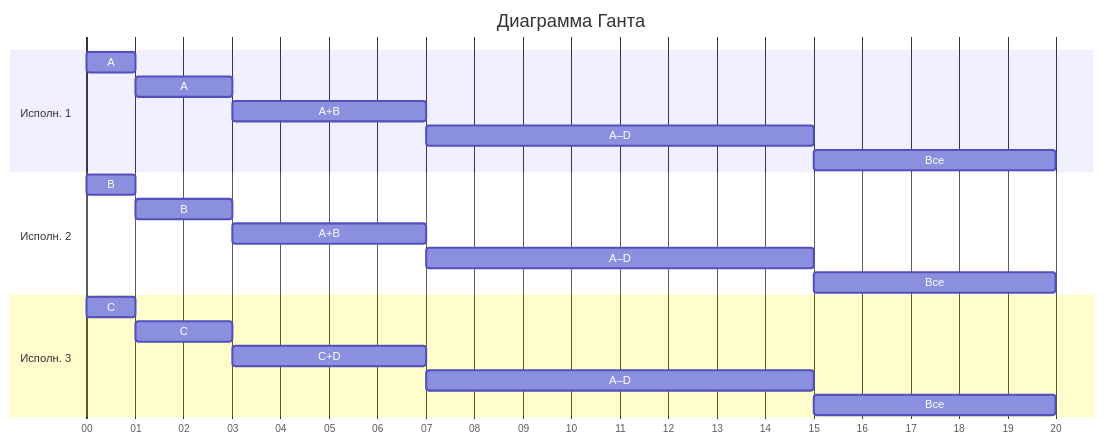
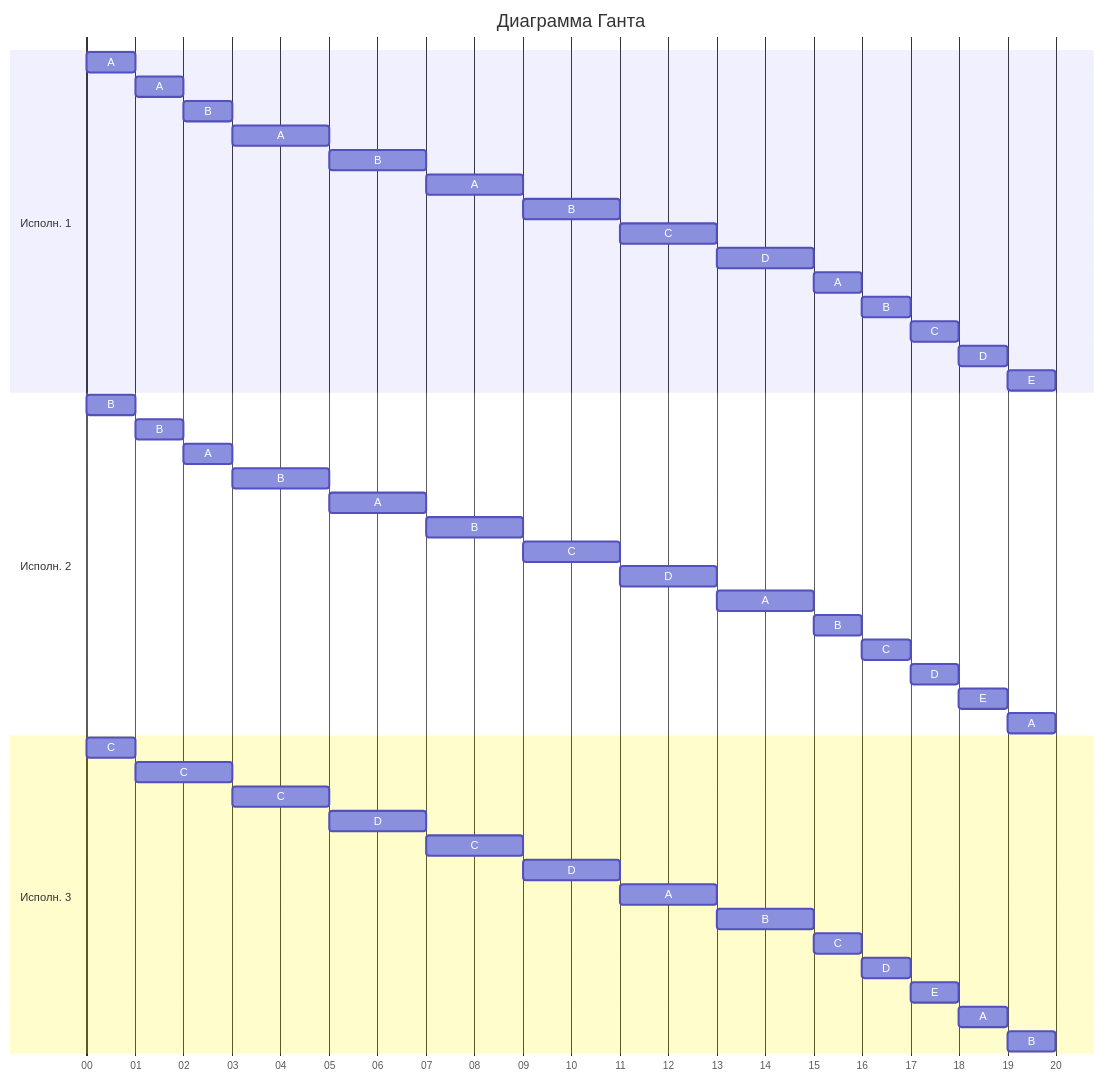
One commit to algos-ris-24-4/manual-tasks changed the diagram in Задание 5/algosiki.md. Above: the diagram before and after it, drawn with Mermaid.

Commit message:
Доработанное решение 2

````diff
--- a/Задание 5/algosiki.md
+++ b/Задание 5/algosiki.md
@@ -153,28 +153,58 @@
 ```mermaid
 gantt
     title Диаграмма Ганта
     dateFormat mm
     axisFormat %M
     tickInterval 1minute
 
     section Исполн. 1
     A : a11, 0, 1m
-    A : a12, after a11, 2m
-    A+B : a13, after a12, 4m
-    A–D : a14, after a13, 8m
-    Все : a15, after a14, 5m
+    A : a12, after a11, 1m
+    B : a13, after a12, 1m
+    A : a14, after a13, 2m
+    B : a15, after a14, 2m
+    A: a16, after a15, 2m
+    B: a17, after a16, 2m
+    C: a18, after a17, 2m
+    D: a19, after a18, 2m
+    A : a20, after a19, 1m
+    B : a21, after a20, 1m
+    C : a22, after a21, 1m
+    D : a23, after a22, 1m
+    E : a24, after a23, 1m
+
+
 
     section Исполн. 2
     B : b21, 0, 1m
-    B : b22, after b21, 2m
-    A+B : b23, after b22, 4m
-    A–D : b24, after b23, 8m
-    Все : b25, after b24, 5m
+    B : b22, after b21, 1m
+    A : b23, after b22, 1m
+    B : b24, after b23, 2m
+    A : b25, after b24, 2m
+    B : b26, after b25, 2m
+    C : b27, after b26, 2m
+    D : b28, after b27, 2m
+    A : b29, after b28, 2m
+    B : b30, after b29, 1m
+    C : b31, after b30, 1m
+    D : b32, after b31, 1m
+    E : b33, after b32, 1m
+    A : b34, after b33, 1m
+
 
     section Исполн. 3
     C : c31, 0, 1m
     C : c32, after c31, 2m
-    C+D : c33, after c32, 4m
-    A–D : c34, after c33, 8m
-    Все : c35, after c34, 5m
+    C : c33, after c32, 2m
+    D : c34, after c33, 2m
+    C : c35, after c34, 2m
+    D : c36, after c35, 2m
+    A : c37, after c36, 2m
+    B : c38, after c37, 2m
+    C : c39, after c38, 1m
+    D : c40, after c39, 1m
+    E : c41, after c40, 1m
+    A : c42, after c41, 1m
+    B : c43, after c42, 1m
+
 ```
````
